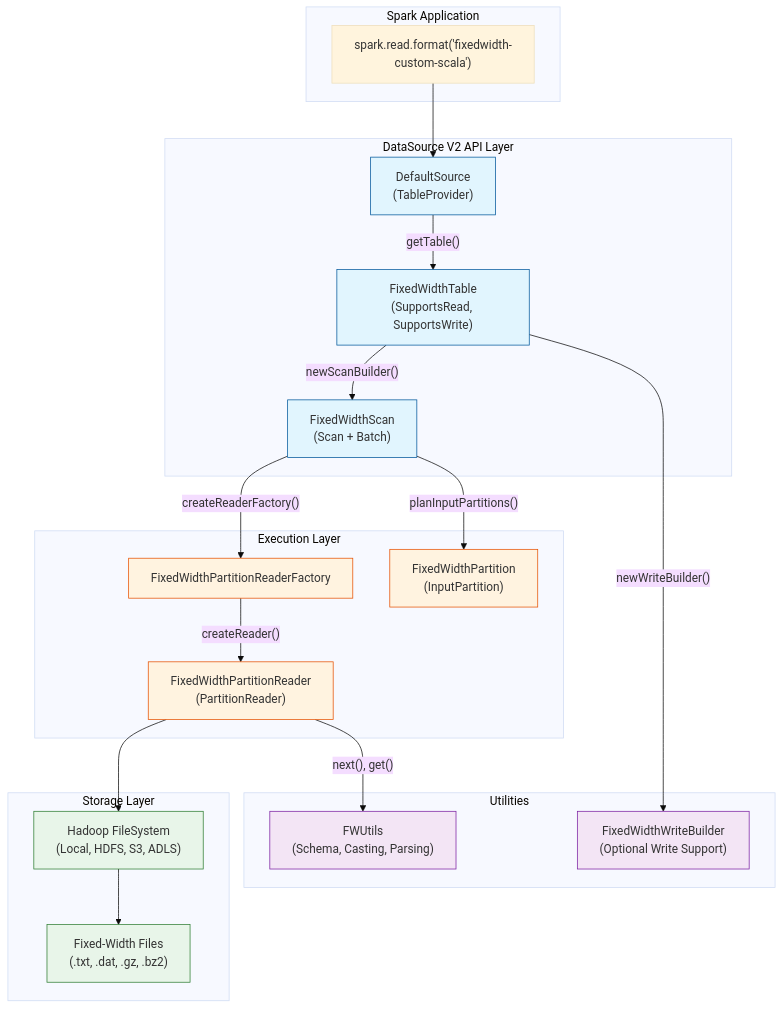
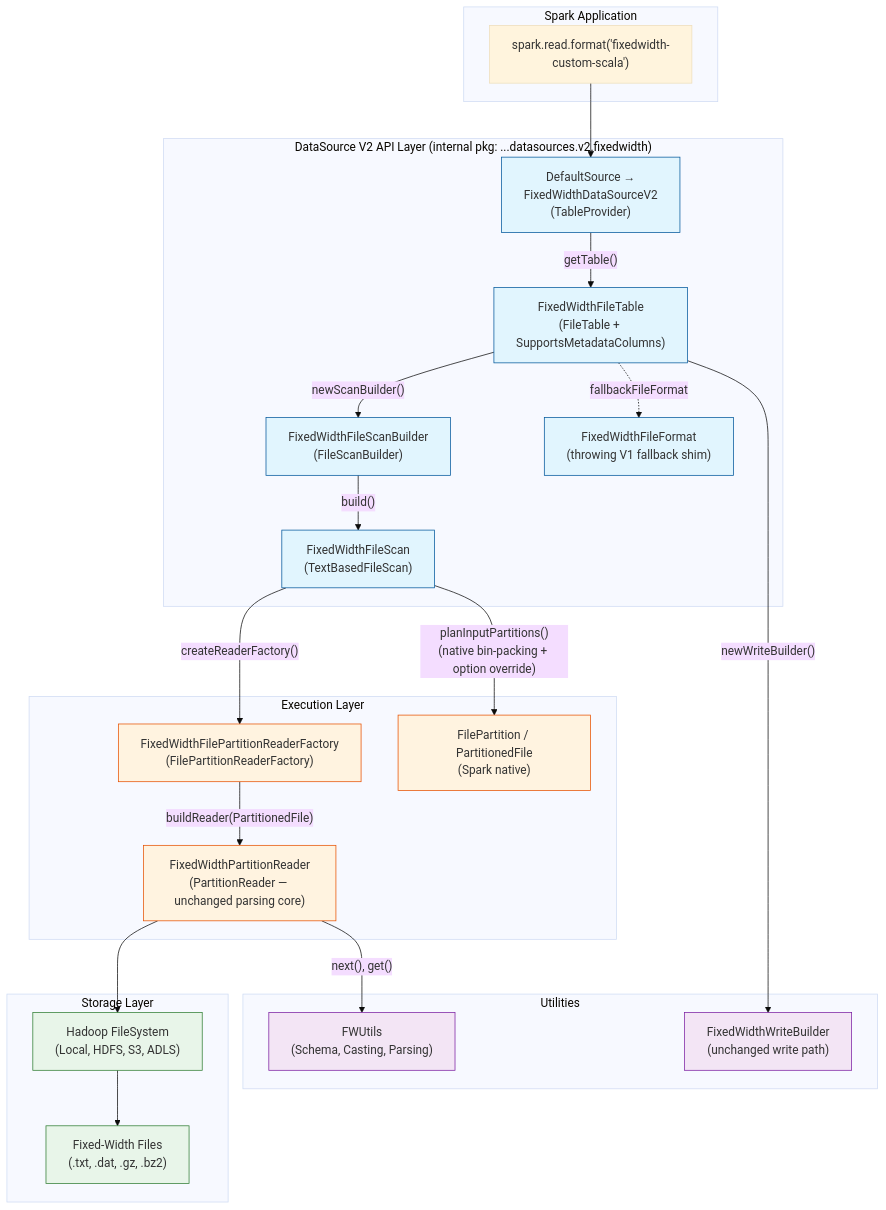
One commit to alextimmer/spark-databricks-fixedwidth-datasource-v2 changed the first of 6 diagrams in docs/ARCHITECTURE.md. Above: the diagram before and after it, drawn with Mermaid (base theme). The commit also changed other lines of this file and 32 other files, not shown here.

First line of the commit message:
feat: migrate read path to Spark FileScan machinery (0.2.0)

````diff
--- a/docs/ARCHITECTURE.md
+++ b/docs/ARCHITECTURE.md
@@ -13,49 +30,53 @@
 ```mermaid
 flowchart TB
     subgraph SparkApp["Spark Application"]
         Client["spark.read.format('fixedwidth-custom-scala')"]
     end
 
-    subgraph DSV2["DataSource V2 API Layer"]
-        DS["DefaultSource<br/>(TableProvider)"]
-        Table["FixedWidthTable<br/>(SupportsRead, SupportsWrite)"]
-        Scan["FixedWidthScan<br/>(Scan + Batch)"]
+    subgraph DSV2["DataSource V2 API Layer (internal pkg: ...datasources.v2.fixedwidth)"]
+        DS["DefaultSource →<br/>FixedWidthDataSourceV2<br/>(TableProvider)"]
+        Table["FixedWidthFileTable<br/>(FileTable + SupportsMetadataColumns)"]
+        Builder["FixedWidthFileScanBuilder<br/>(FileScanBuilder)"]
+        Scan["FixedWidthFileScan<br/>(TextBasedFileScan)"]
+        Shim["FixedWidthFileFormat<br/>(throwing V1 fallback shim)"]
     end
 
     subgraph Execution["Execution Layer"]
-        Factory["FixedWidthPartitionReaderFactory"]
-        Partition["FixedWidthPartition<br/>(InputPartition)"]
-        Reader["FixedWidthPartitionReader<br/>(PartitionReader)"]
+        Factory["FixedWidthFilePartitionReaderFactory<br/>(FilePartitionReaderFactory)"]
+        Partition["FilePartition / PartitionedFile<br/>(Spark native)"]
+        Reader["FixedWidthPartitionReader<br/>(PartitionReader — unchanged parsing core)"]
     end
 
     subgraph Utils["Utilities"]
         FWUtils["FWUtils<br/>(Schema, Casting, Parsing)"]
-        Write["FixedWidthWriteBuilder<br/>(Optional Write Support)"]
+        Write["FixedWidthWriteBuilder<br/>(unchanged write path)"]
     end
 
     subgraph Storage["Storage Layer"]
         FS["Hadoop FileSystem<br/>(Local, HDFS, S3, ADLS)"]
         Files["Fixed-Width Files<br/>(.txt, .dat, .gz, .bz2)"]
     end
 
     Client --> DS
     DS -->|"getTable()"| Table
-    Table -->|"newScanBuilder()"| Scan
-    Scan -->|"planInputPartitions()"| Partition
+    Table -.->|"fallbackFileFormat"| Shim
+    Table -->|"newScanBuilder()"| Builder
+    Builder -->|"build()"| Scan
+    Scan -->|"planInputPartitions()<br/>(native bin-packing + option override)"| Partition
     Scan -->|"createReaderFactory()"| Factory
-    Factory -->|"createReader()"| Reader
+    Factory -->|"buildReader(PartitionedFile)"| Reader
     Reader -->|"next(), get()"| FWUtils
     Reader --> FS
     FS --> Files
     Table -->|"newWriteBuilder()"| Write
 
     classDef api fill:#e1f5fe,stroke:#01579b
     classDef exec fill:#fff3e0,stroke:#e65100
     classDef util fill:#f3e5f5,stroke:#7b1fa2
     classDef storage fill:#e8f5e9,stroke:#2e7d32
 
-    class DS,Table,Scan api
+    class DS,Table,Builder,Scan,Shim api
     class Factory,Partition,Reader exec
     class FWUtils,Write util
     class FS,Files storage
 ```
````
